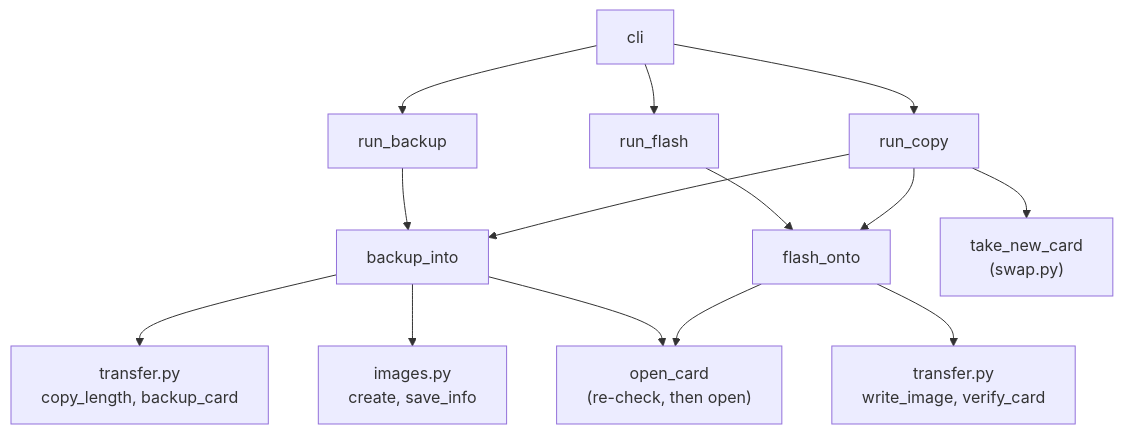
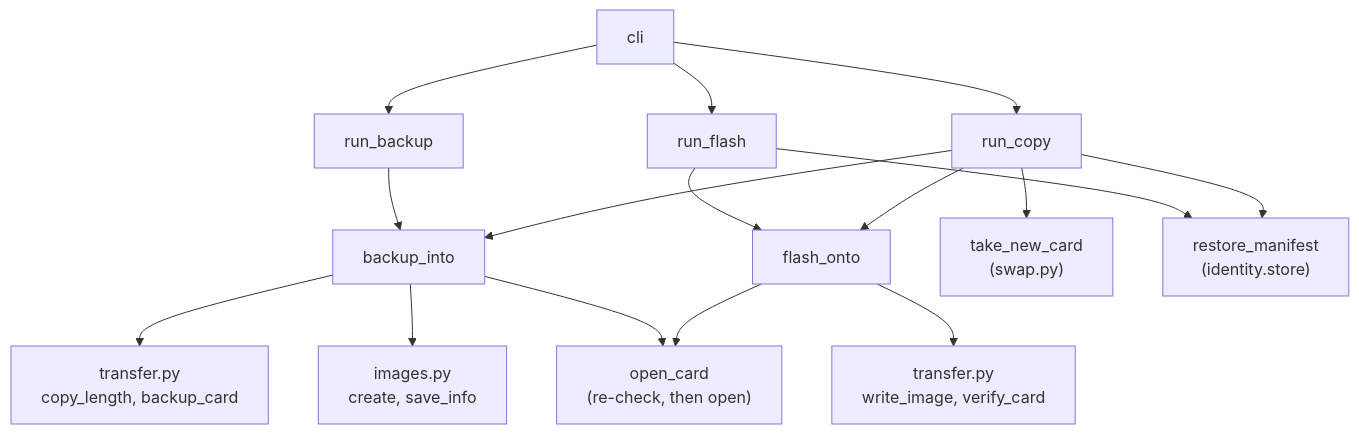
Before and after one commit to Boston-Robot-Hackers/microsd-utils: the first of 2 diagrams in process/01-literate/14-imaging.md, drawn with Mermaid. The commit also changed other lines of this file and 33 other files, not shown here.

First line of the commit message:
Add card identity: on-card manifest and repo registry (F04)

````diff
--- a/process/01-literate/14-imaging.md
+++ b/process/01-literate/14-imaging.md
@@ -19,13 +19,14 @@
 ```mermaid
 flowchart TD
     cli --> backup[run_backup] & flash[run_flash] & copy[run_copy]
     backup --> BI[backup_into]
     flash --> FO[flash_onto]
     copy --> BI
     copy --> swap["take_new_card<br/>(swap.py)"]
     copy --> FO
     BI --> transfer["transfer.py<br/>copy_length, backup_card"]
     BI --> images["images.py<br/>create, save_info"]
     FO --> transfer2["transfer.py<br/>write_image, verify_card"]
     BI & FO --> device["open_card<br/>(re-check, then open)"]
+    flash & copy --> RM["restore_manifest<br/>(identity.store)"]
 ```
````
